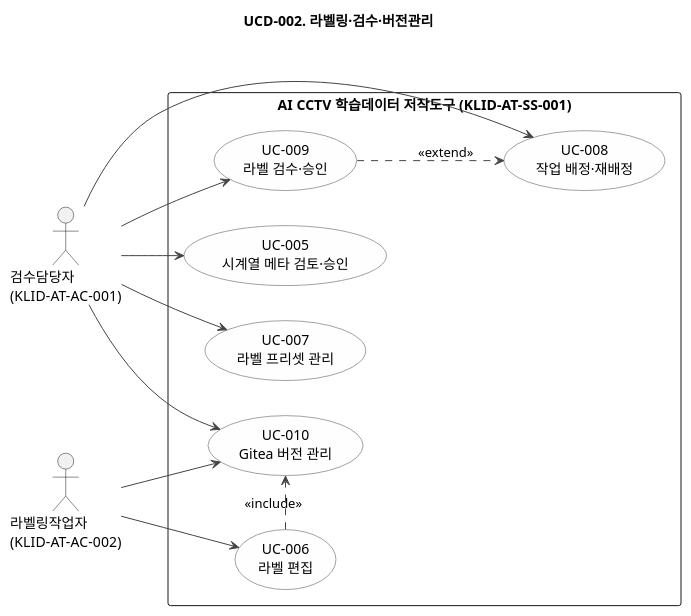
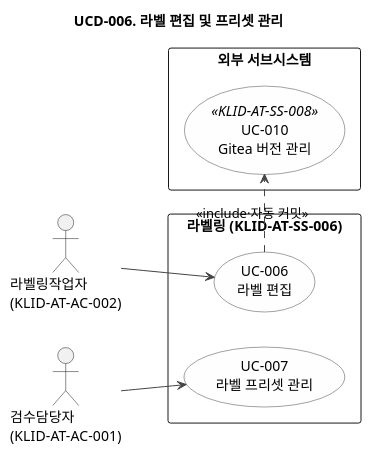
Before and after one commit to New-stella/klid-label: the sixth of 10 diagrams in docs/design/R2-유스케이스명세서.md, drawn with PlantUML. The commit also changed other lines of this file, not shown here.

First line of the commit message:
docs(R2): 서브시스템 1개→10개 분리 + UCD 시나리오 중심 재구성

````diff
--- a/docs/design/R2-유스케이스명세서.md
+++ b/docs/design/R2-유스케이스명세서.md
@@ -87,38 +233,32 @@
 ```plantuml
-@startuml KLID-AT-UCD-002
-title UCD-002. 라벨링·검수·버전관리
+@startuml KLID-AT-UCD-006
+title UCD-006. 라벨 편집 및 프리셋 관리
 skinparam defaultFontName "Malgun Gothic"
 skinparam usecase {
   BackgroundColor #FEFEFE
   BorderColor #444444
   ArrowColor #444444
   ActorBackgroundColor #DDEEFF
   ActorBorderColor #336699
 }
 
 left to right direction
 
+actor "라벨링작업자\n(KLID-AT-AC-002)" as Labeler
 actor "검수담당자\n(KLID-AT-AC-001)" as Reviewer
-actor "라벨링작업자\n(KLID-AT-AC-002)" as Labeler
 
-rectangle "AI CCTV 학습데이터 저작도구 (KLID-AT-SS-001)" {
-  usecase "UC-005\n시계열 메타 검토·승인" as UC005
+rectangle "라벨링 (KLID-AT-SS-006)" {
   usecase "UC-006\n라벨 편집" as UC006
   usecase "UC-007\n라벨 프리셋 관리" as UC007
-  usecase "UC-008\n작업 배정·재배정" as UC008
-  usecase "UC-009\n라벨 검수·승인" as UC009
-  usecase "UC-010\nGitea 버전 관리" as UC010
-
-  UC006 .> UC010 : <<include>>
-  UC009 ..> UC008 : <<extend>>
 }
 
-Reviewer --> UC005
+rectangle "외부 서브시스템" {
+  usecase "UC-010\nGitea 버전 관리" as UC010 <<KLID-AT-SS-008>>
+}
+
+UC006 .> UC010 : <<include·자동 커밋>>
+
+Labeler --> UC006
 Reviewer --> UC007
-Reviewer --> UC008
-Reviewer --> UC009
-Reviewer --> UC010
-Labeler --> UC006
-Labeler --> UC010
 @enduml
 ```
````
